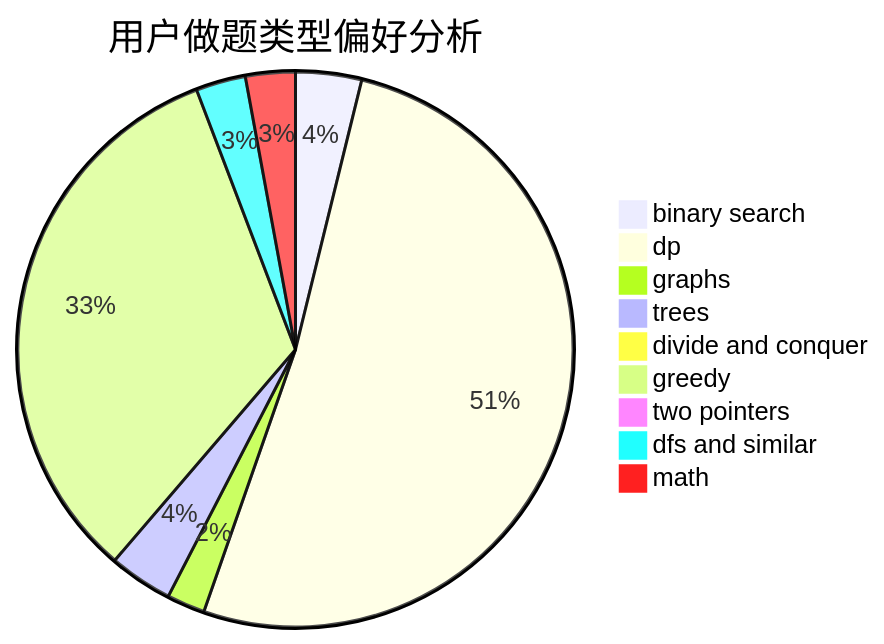
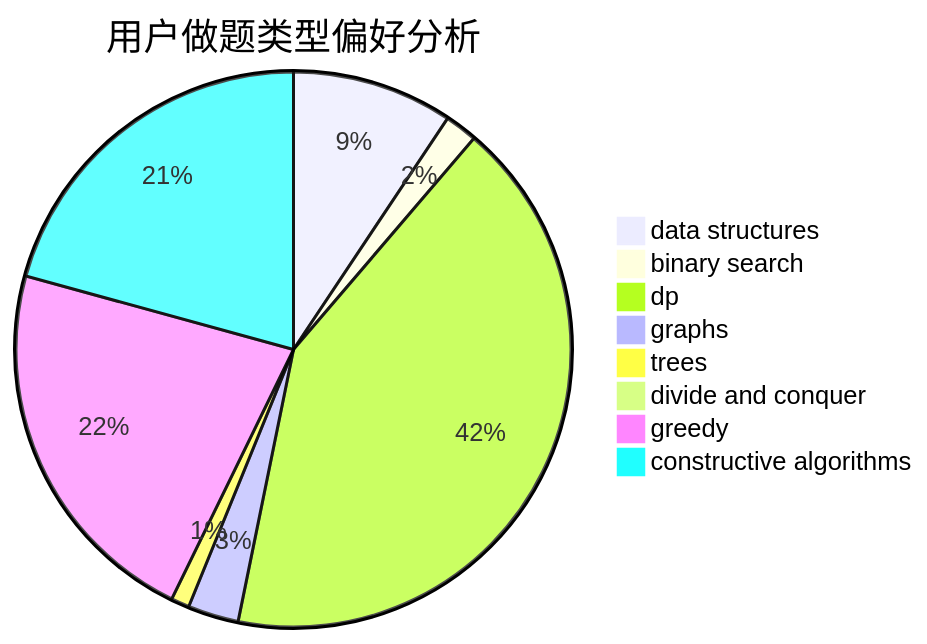
Before and after one commit to sherpahu/cfrs.github.io: the second of 3 diagrams in docs/user/u2737.md, drawn with Mermaid. The commit also changed other lines of this file and 2775 other files, not shown here.

````diff
--- a/docs/user/u2737.md
+++ b/docs/user/u2737.md
@@ -23,12 +23,11 @@
 ```mermaid
 pie title 用户做题类型偏好分析
-    "binary search" :  57
-    "dp" :  765
-    "graphs" :  33
-    "trees" :  55
+    "data structures" :  79
+    "binary search" :  16
+    "dp" :  354
+    "graphs" :  25
+    "trees" :  9
     "divide and conquer" :  0
-    "greedy" :  489
-    "two pointers" :  5
-    "dfs and similar" :  43
-    "math" :  43
+    "greedy" :  186
+    "constructive algorithms" :  175
 ```
````
